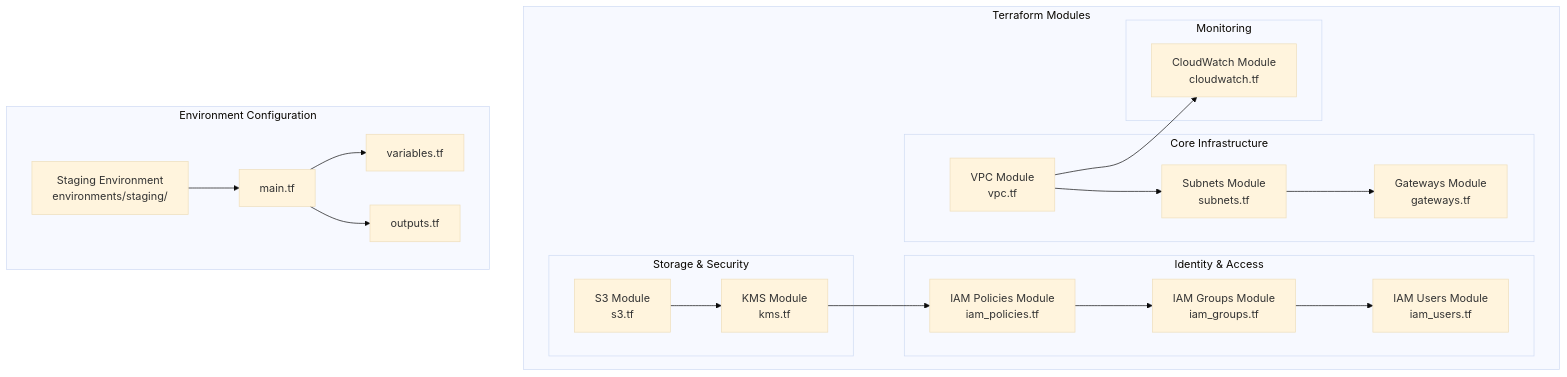
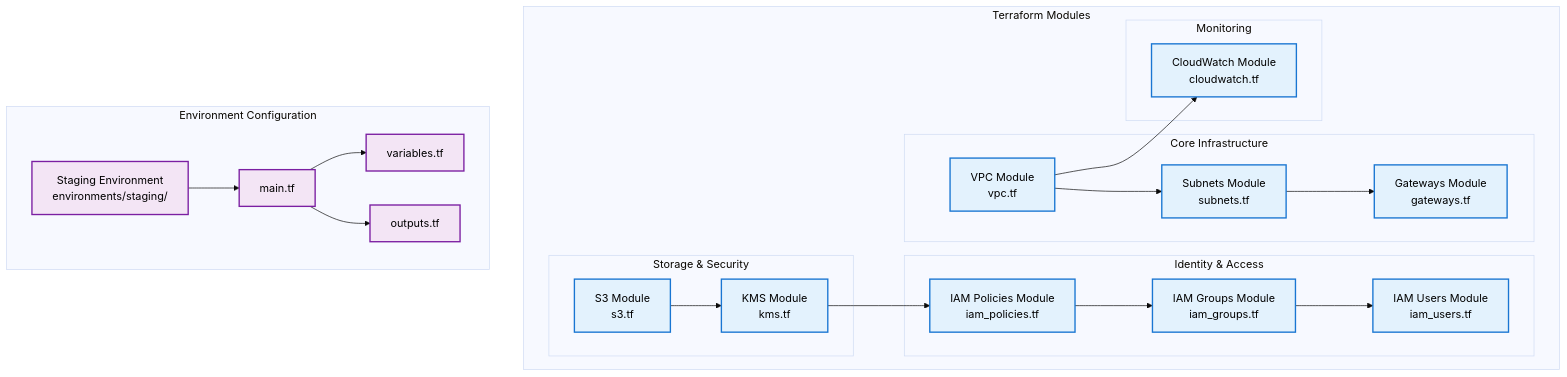
Before and after one commit to kamal-buqaileh/ma7ali-infra: the third of 3 diagrams in infrastructure_diagram.md, drawn with Mermaid (base theme). The commit also changed other lines of this file, not shown here.

````diff
--- a/infrastructure_diagram.md
+++ b/infrastructure_diagram.md
@@ -249,47 +253,54 @@
 ```mermaid
 graph TB
     subgraph "Terraform Modules"
         subgraph "Core Infrastructure"
             VPC_MODULE[VPC Module<br/>vpc.tf]
             SUBNETS_MODULE[Subnets Module<br/>subnets.tf]
             GATEWAYS_MODULE[Gateways Module<br/>gateways.tf]
         end
         
         subgraph "Storage & Security"
             S3_MODULE[S3 Module<br/>s3.tf]
             KMS_MODULE[KMS Module<br/>kms.tf]
         end
         
         subgraph "Identity & Access"
             IAM_GROUPS_MODULE[IAM Groups Module<br/>iam_groups.tf]
             IAM_POLICIES_MODULE[IAM Policies Module<br/>iam_policies.tf]
             IAM_USERS_MODULE[IAM Users Module<br/>iam_users.tf]
         end
         
         subgraph "Monitoring"
             CW_MODULE[CloudWatch Module<br/>cloudwatch.tf]
         end
     end
     
     subgraph "Environment Configuration"
         STAGING[Staging Environment<br/>environments/staging/]
         MAIN_TF[main.tf]
         VARIABLES[variables.tf]
         OUTPUTS[outputs.tf]
     end
     
     VPC_MODULE --> SUBNETS_MODULE
     SUBNETS_MODULE --> GATEWAYS_MODULE
     
     S3_MODULE --> KMS_MODULE
     KMS_MODULE --> IAM_POLICIES_MODULE
     
     IAM_POLICIES_MODULE --> IAM_GROUPS_MODULE
     IAM_GROUPS_MODULE --> IAM_USERS_MODULE
     
     VPC_MODULE --> CW_MODULE
     
     STAGING --> MAIN_TF
     MAIN_TF --> VARIABLES
     MAIN_TF --> OUTPUTS
+    
+    %% Styling with larger fonts
+    classDef moduleStyle fill:#e3f2fd,stroke:#1976d2,stroke-width:2px,font-size:16px,color:#000
+    classDef configStyle fill:#f3e5f5,stroke:#7b1fa2,stroke-width:2px,font-size:16px,color:#000
+    
+    class VPC_MODULE,SUBNETS_MODULE,GATEWAYS_MODULE,S3_MODULE,KMS_MODULE,IAM_GROUPS_MODULE,IAM_POLICIES_MODULE,IAM_USERS_MODULE,CW_MODULE moduleStyle
+    class STAGING,MAIN_TF,VARIABLES,OUTPUTS configStyle
 ```
````
